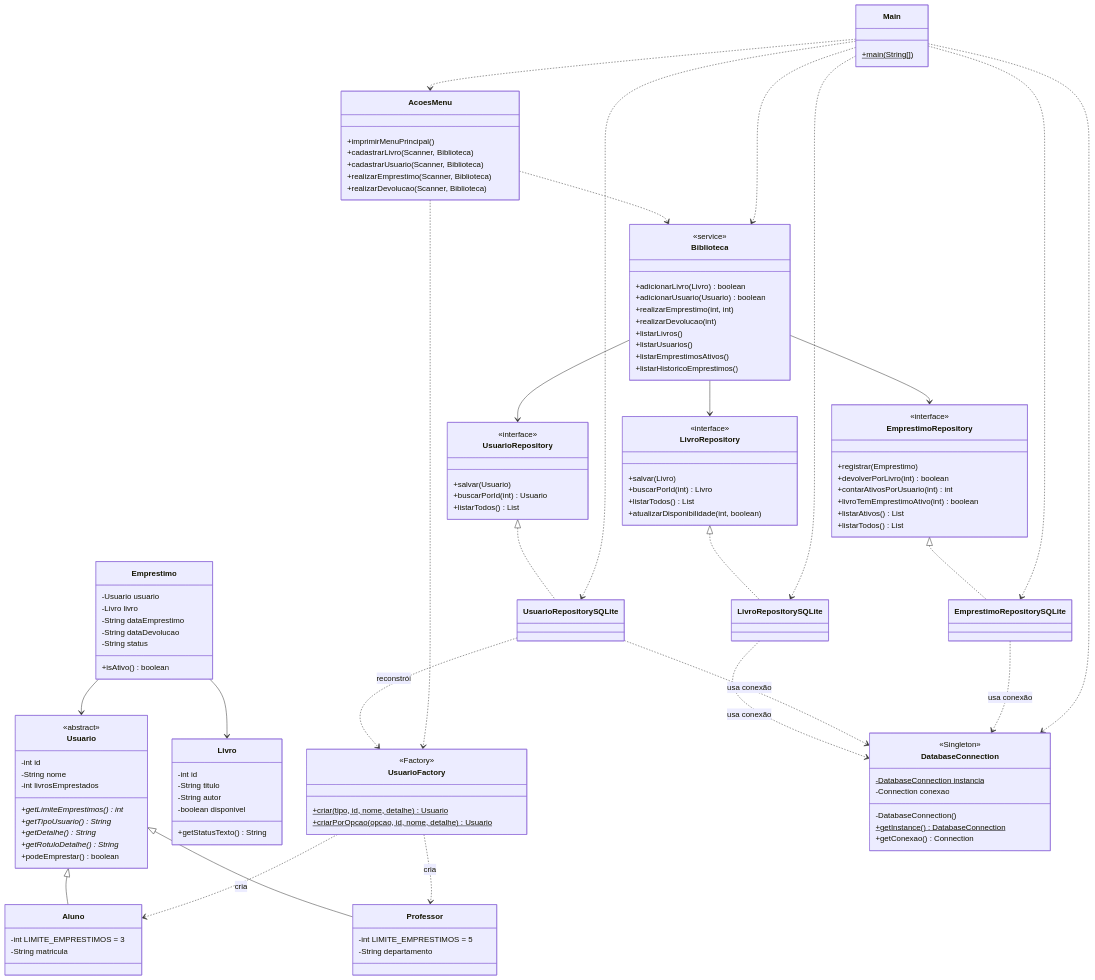
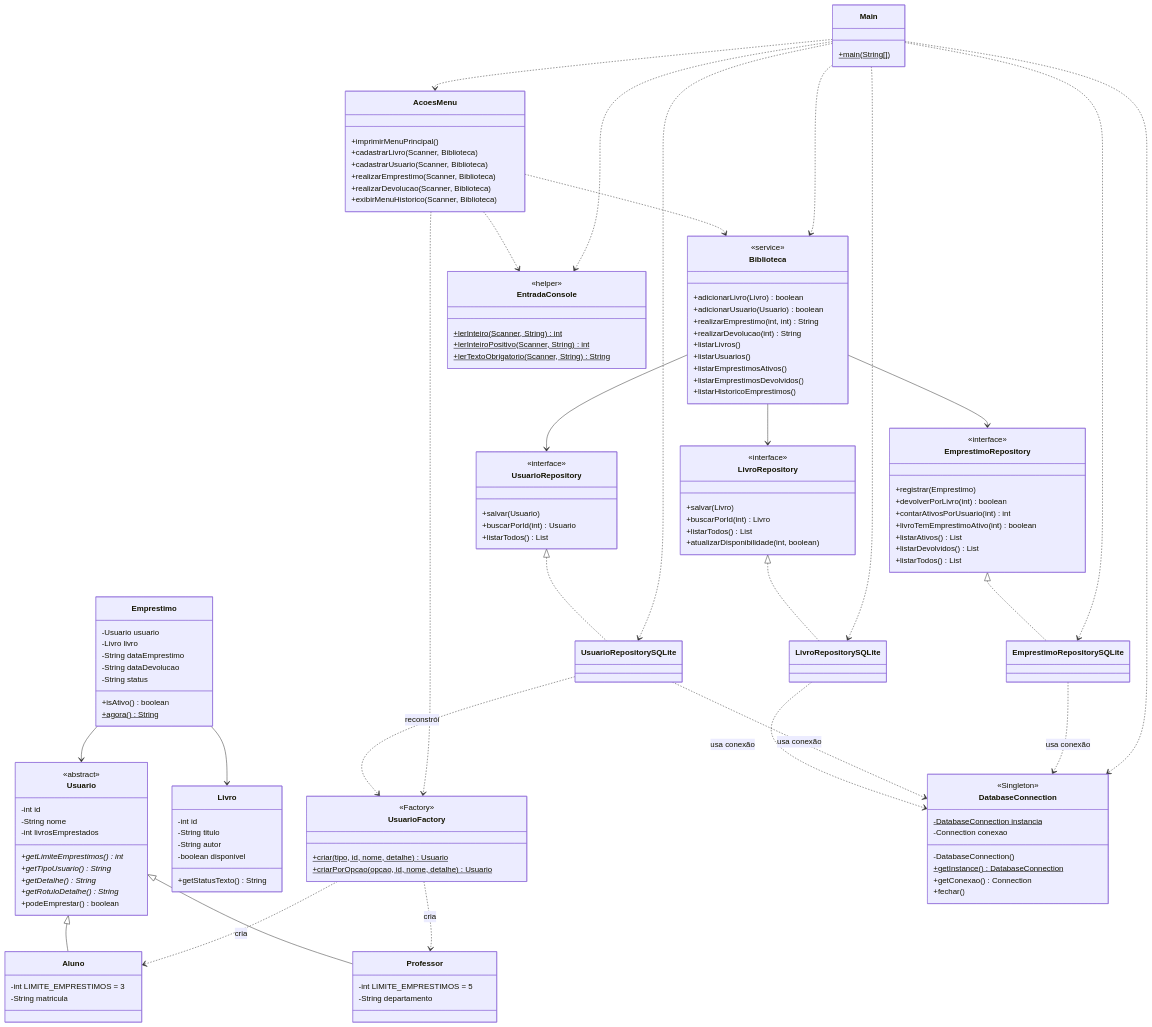
The first of 2 diagrams in N2/docs/diagrama-classes.md (Leonardolraf/Sistema-de-Biblioteca-em-Java), drawn with Mermaid before and after one commit. The commit also changed other lines of this file and 13 other files, not shown here.

First line of the commit message:
Add EntradaConsole and improve robustness

```diff
--- a/N2/docs/diagrama-classes.md
+++ b/N2/docs/diagrama-classes.md
@@ -48,6 +50,7 @@
         -String dataDevolucao
         -String status
         +isAtivo() boolean
+        +agora()$ String
     }
 
     Usuario <|-- Aluno
@@ -70,6 +73,7 @@
         -DatabaseConnection()
         +getInstance()$ DatabaseConnection
         +getConexao() Connection
+        +fechar()
     }
 
     class LivroRepository {
@@ -92,6 +96,7 @@
         +contarAtivosPorUsuario(int) int
         +livroTemEmprestimoAtivo(int) boolean
         +listarAtivos() List
+        +listarDevolvidos() List
         +listarTodos() List
     }
 
@@ -112,11 +117,12 @@
         <<service>>
         +adicionarLivro(Livro) boolean
         +adicionarUsuario(Usuario) boolean
-        +realizarEmprestimo(int, int)
-        +realizarDevolucao(int)
+        +realizarEmprestimo(int, int) String
+        +realizarDevolucao(int) String
         +listarLivros()
         +listarUsuarios()
         +listarEmprestimosAtivos()
+        +listarEmprestimosDevolvidos()
         +listarHistoricoEmprestimos()
     }
     Biblioteca --> LivroRepository
@@ -129,14 +135,23 @@
         +cadastrarUsuario(Scanner, Biblioteca)
         +realizarEmprestimo(Scanner, Biblioteca)
         +realizarDevolucao(Scanner, Biblioteca)
+        +exibirMenuHistorico(Scanner, Biblioteca)
+    }
+    class EntradaConsole {
+        <<helper>>
+        +lerInteiro(Scanner, String)$ int
+        +lerInteiroPositivo(Scanner, String)$ int
+        +lerTextoObrigatorio(Scanner, String)$ String
     }
     class Main {
         +main(String[])$
     }
     AcoesMenu ..> Biblioteca
     AcoesMenu ..> UsuarioFactory
+    AcoesMenu ..> EntradaConsole
     Main ..> Biblioteca
     Main ..> AcoesMenu
+    Main ..> EntradaConsole
     Main ..> DatabaseConnection
     Main ..> LivroRepositorySQLite
     Main ..> UsuarioRepositorySQLite
```
